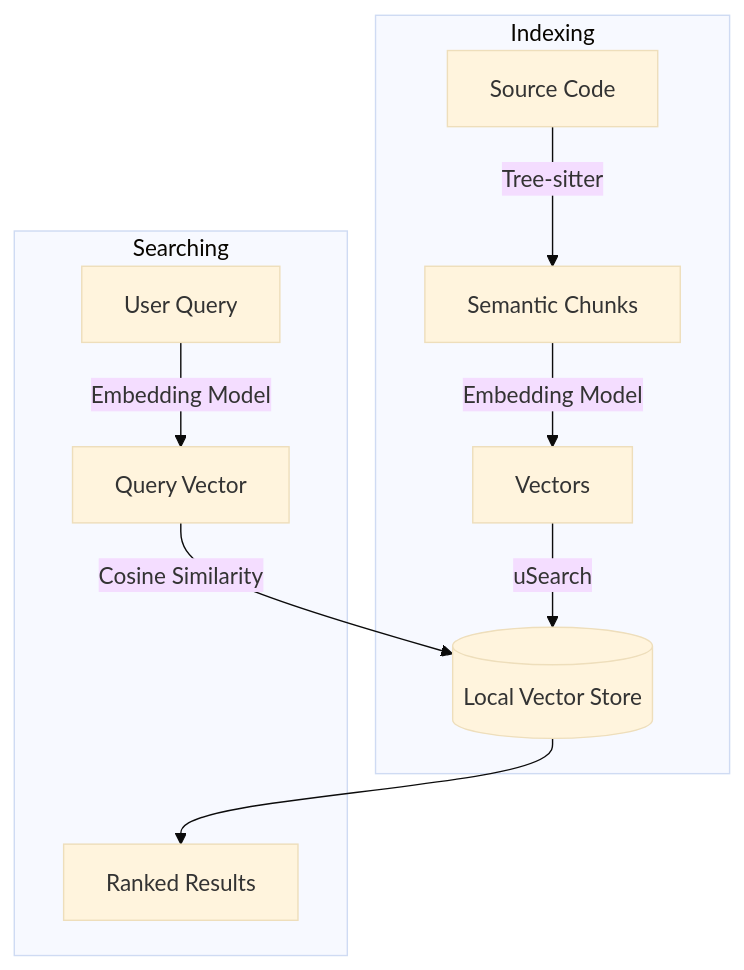
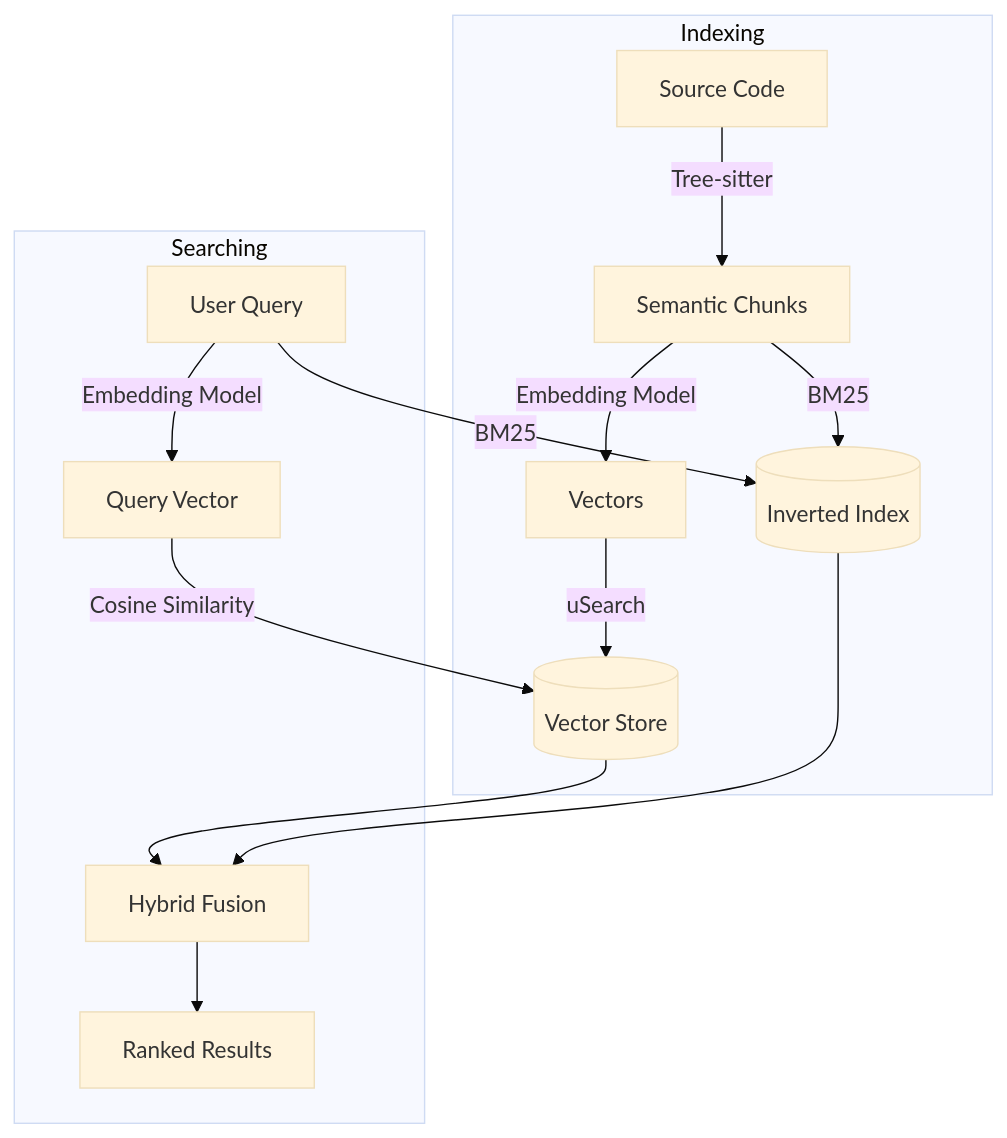
Before and after one commit to Helweg/opencode-codebase-index: the diagram in README.md, drawn with Mermaid (base theme). The commit also changed other lines of this file, not shown here.

````diff
--- a/README.md
+++ b/README.md
@@ -96,14 +96,18 @@
 ```mermaid
 graph TD
     subgraph Indexing
     A[Source Code] -->|Tree-sitter| B[Semantic Chunks]
     B -->|Embedding Model| C[Vectors]
-    C -->|uSearch| D[(Local Vector Store)]
+    C -->|uSearch| D[(Vector Store)]
+    B -->|BM25| E[(Inverted Index)]
     end
 
     subgraph Searching
     Q[User Query] -->|Embedding Model| V[Query Vector]
     V -->|Cosine Similarity| D
-    D --> R[Ranked Results]
+    Q -->|BM25| E
+    D --> F[Hybrid Fusion]
+    E --> F
+    F --> R[Ranked Results]
     end
 ```
````
